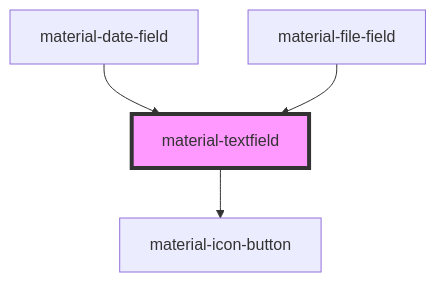
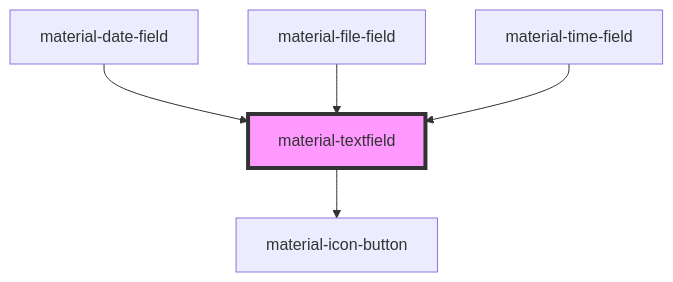
The diagram in src/components/material-textfield/readme.md (RobustaRush/material), drawn with Mermaid before and after one commit. The commit also changed other lines of this file and 14 other files, not shown here.

First line of the commit message:
feat: material-time-picker + material-time-field

````diff
--- a/src/components/material-textfield/readme.md
+++ b/src/components/material-textfield/readme.md
@@ -55,7 +56,8 @@
 ```mermaid
 graph TD;
   material-textfield --> material-icon-button
   material-date-field --> material-textfield
   material-file-field --> material-textfield
+  material-time-field --> material-textfield
   style material-textfield fill:#f9f,stroke:#333,stroke-width:4px
 ```
````
